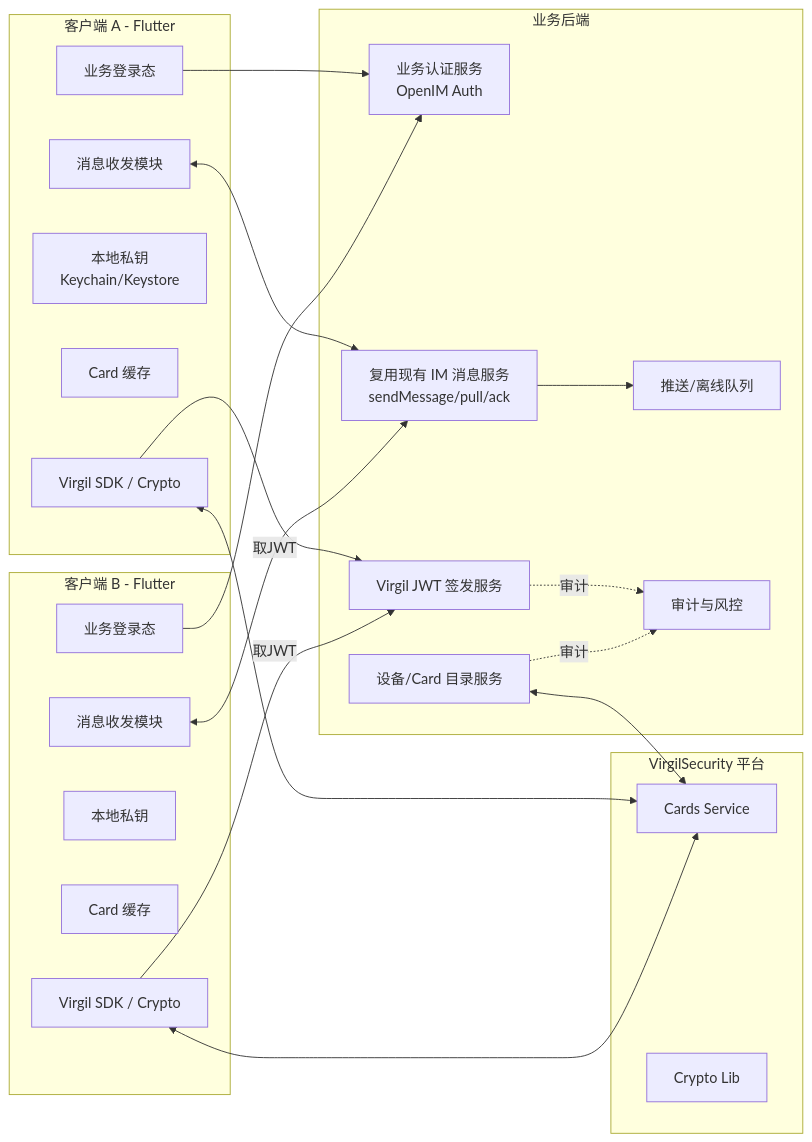
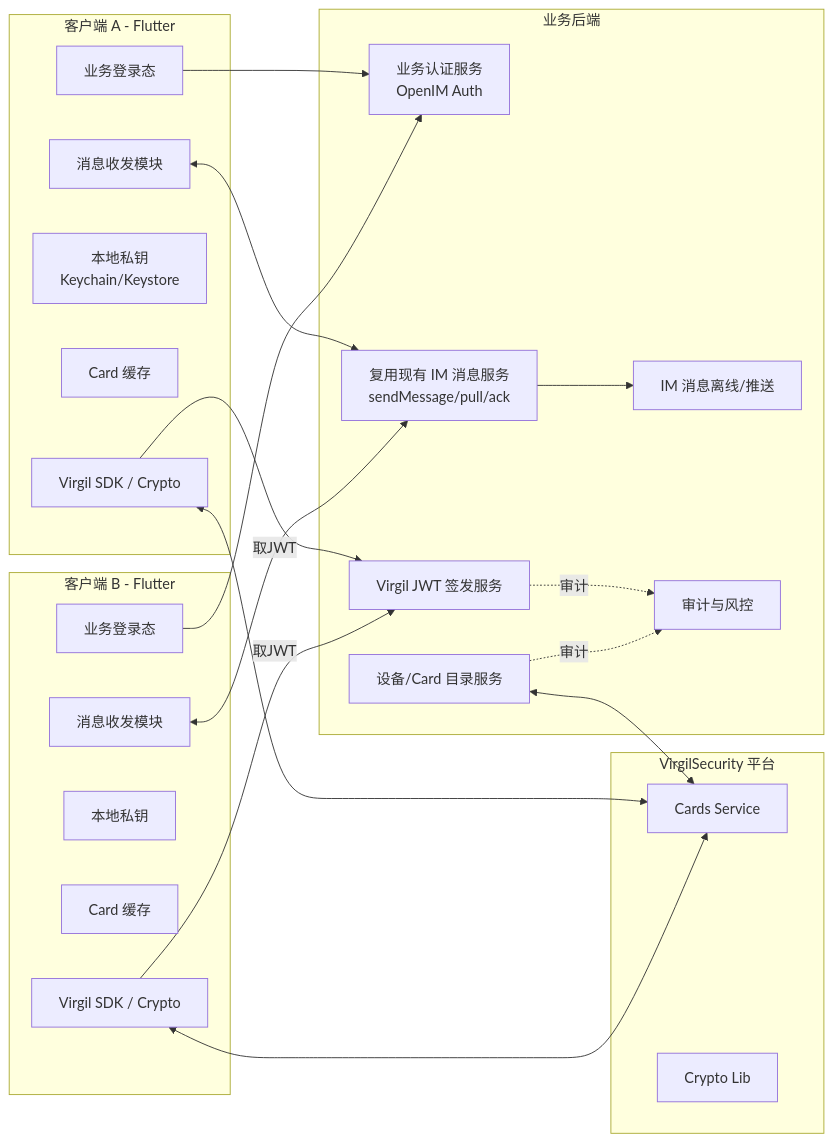
The first of 6 diagrams in virgil-1v1-e2ee-design.md (sok-im/open-im-server-origin), drawn with Mermaid before and after one commit. The commit also changed other lines of this file and 17 other files, not shown here.

````diff
--- a/virgil-1v1-e2ee-design.md
+++ b/virgil-1v1-e2ee-design.md
@@ -54,45 +54,45 @@
 ```mermaid
 flowchart LR
     subgraph ClientA[客户端 A - Flutter]
       A1[业务登录态]
       A2[Virgil SDK / Crypto]
       A3[本地私钥<br/>Keychain/Keystore]
       A4[Card 缓存]
       A5[消息收发模块]
     end
 
     subgraph ClientB[客户端 B - Flutter]
       B1[业务登录态]
       B2[Virgil SDK / Crypto]
       B3[本地私钥]
       B4[Card 缓存]
       B5[消息收发模块]
     end
 
     subgraph Backend[业务后端]
       S1[业务认证服务<br/>OpenIM Auth]
       S2[Virgil JWT 签发服务]
       S3[设备/Card 目录服务]
       S4[复用现有 IM 消息服务<br/>sendMessage/pull/ack]
-      S5[推送/离线队列]
+      S5[IM 消息离线/推送]
       S6[审计与风控]
     end
 
     subgraph Virgil[VirgilSecurity 平台]
       V1[Cards Service]
       V2[Crypto Lib]
     end
 
     A5 <--> S4
     B5 <--> S4
     A2 <--> V1
     B2 <--> V1
     A1 --> S1
     B1 --> S1
     A2 -- 取JWT --> S2
     B2 -- 取JWT --> S2
     S3 <--> V1
     S4 --> S5
     S2 -. 审计 .-> S6
     S3 -. 审计 .-> S6
 ```
````
